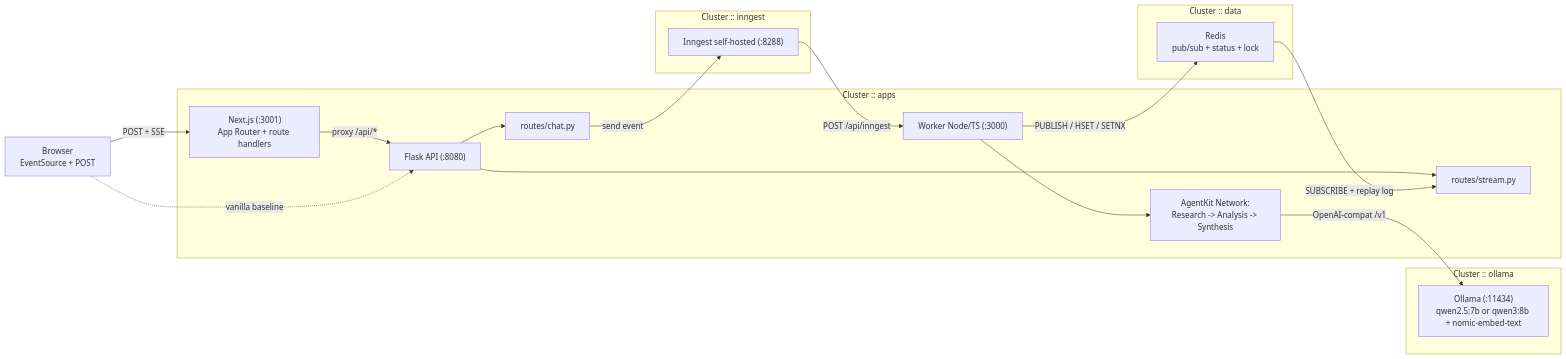
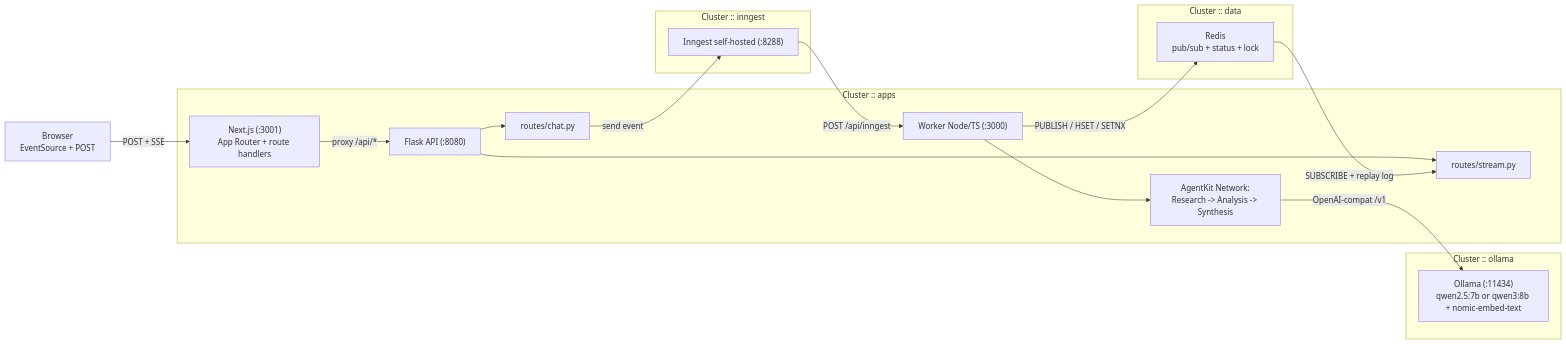
The first of 3 diagrams in __README.MD (kasasa22/_llmBoilerGrow2025), drawn with Mermaid before and after one commit. The commit also changed other lines of this file and 33 other files, not shown here.

````diff
--- a/__README.MD
+++ b/__README.MD
@@ -29,37 +29,36 @@
 ```mermaid
 flowchart LR
   browser["Browser<br/>EventSource + POST"]
 
   subgraph apps["Cluster :: apps"]
     web["Next.js (:3001)<br/>App Router + route handlers"]
     flask["Flask API (:8080)"]
     chat_route["routes/chat.py"]
     stream_route["routes/stream.py"]
     worker["Worker Node/TS (:3000)"]
     network["AgentKit Network:<br/>Research -> Analysis -> Synthesis"]
     flask --> chat_route
     flask --> stream_route
     worker --> network
   end
 
   subgraph inngest_ns["Cluster :: inngest"]
     inngest["Inngest self-hosted (:8288)"]
   end
 
   subgraph data["Cluster :: data"]
     redis["Redis<br/>pub/sub + status + lock"]
   end
 
   subgraph ollama_ns["Cluster :: ollama"]
     ollama["Ollama (:11434)<br/>qwen2.5:7b or qwen3:8b + nomic-embed-text"]
   end
 
   browser -->|"POST + SSE"| web
   web -->|"proxy /api/*"| flask
-  browser -.->|"vanilla baseline"| flask
   chat_route -->|"send event"| inngest
   inngest -->|"POST /api/inngest"| worker
   network -->|"OpenAI-compat /v1"| ollama
   worker -->|"PUBLISH / HSET / SETNX"| redis
   redis -->|"SUBSCRIBE + replay log"| stream_route
 ```
````
